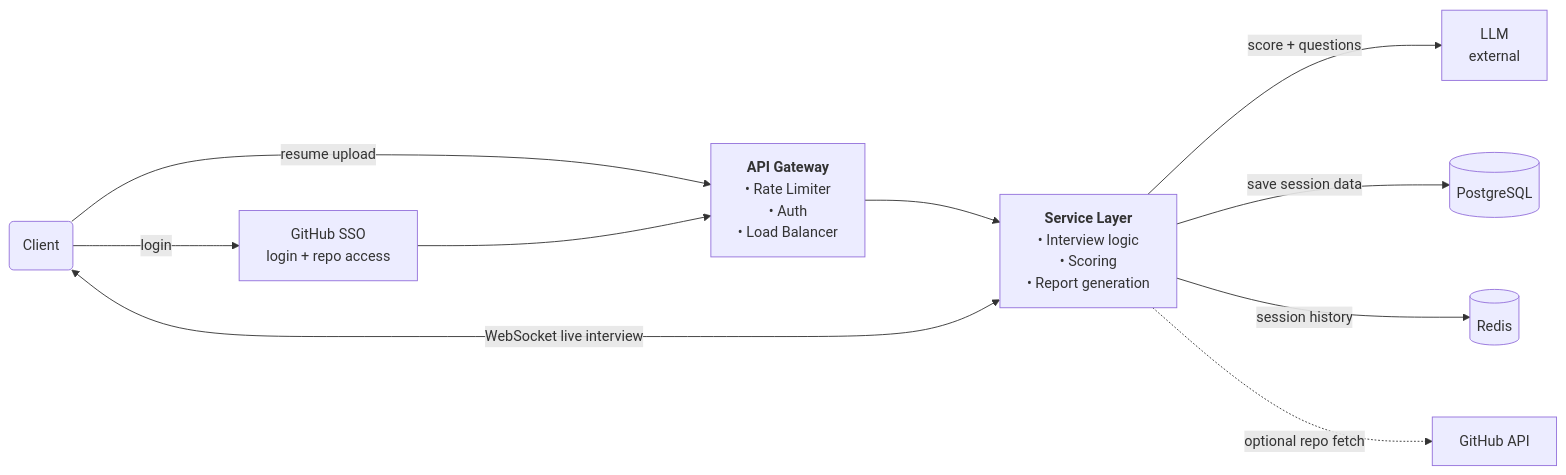
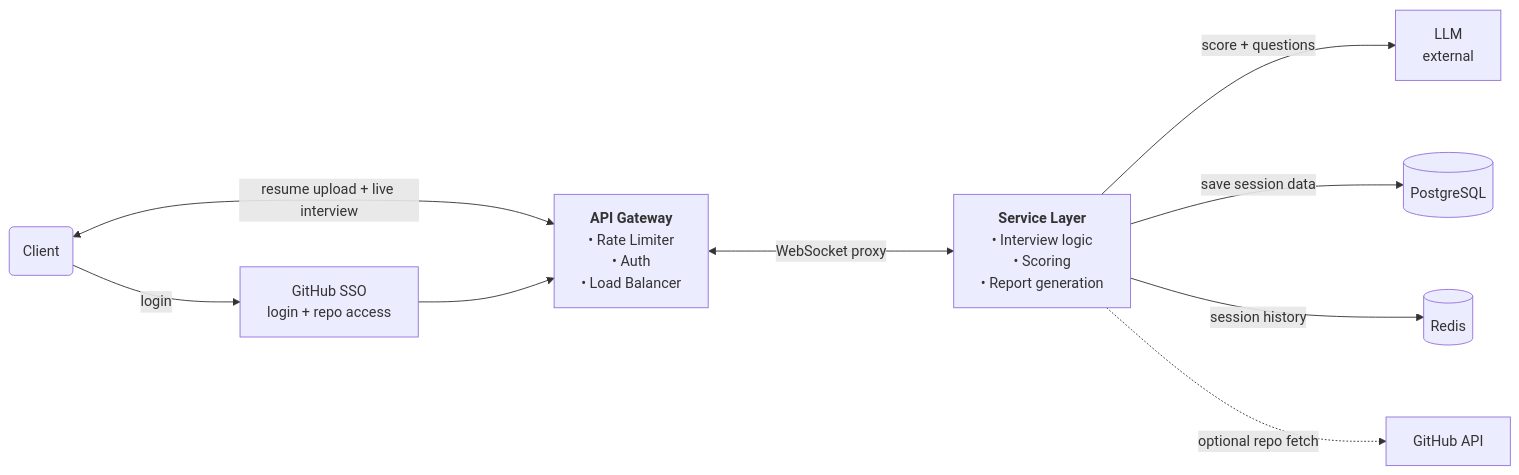
Before and after one commit to shivam-tamboli/GrillMyProject: the first of 4 diagrams in SYSTEM_DESIGN.md, drawn with Mermaid. The commit also changed other lines of this file, not shown here.

````diff
--- a/SYSTEM_DESIGN.md
+++ b/SYSTEM_DESIGN.md
@@ -183,22 +201,21 @@
 ```mermaid
 %%{init: {'flowchart': {'nodeSpacing': 80, 'rankSpacing': 150}}}%%
 flowchart LR
     Client(Client)
     SSO["GitHub SSO<br/>login + repo access"]
     GW["<b>API Gateway</b><br/>• Rate Limiter<br/>• Auth<br/>• Load Balancer"]
     SVC["<b>Service Layer</b><br/>• Interview logic<br/>• Scoring<br/>• Report generation"]
     LLM["LLM<br/>external"]
     PG[(PostgreSQL)]
     RD[(Redis)]
     GHAPI["GitHub API"]
 
     Client -->|login| SSO
-    Client -->|resume upload| GW
+    Client <-->|resume upload + live interview| GW
     SSO --> GW
-    GW --> SVC
-    SVC <-->|WebSocket live interview| Client
+    GW <-->|WebSocket proxy| SVC
     SVC -->|score + questions| LLM
     SVC -->|save session data| PG
     SVC -->|session history| RD
     SVC -.->|optional repo fetch| GHAPI
 ```
````
